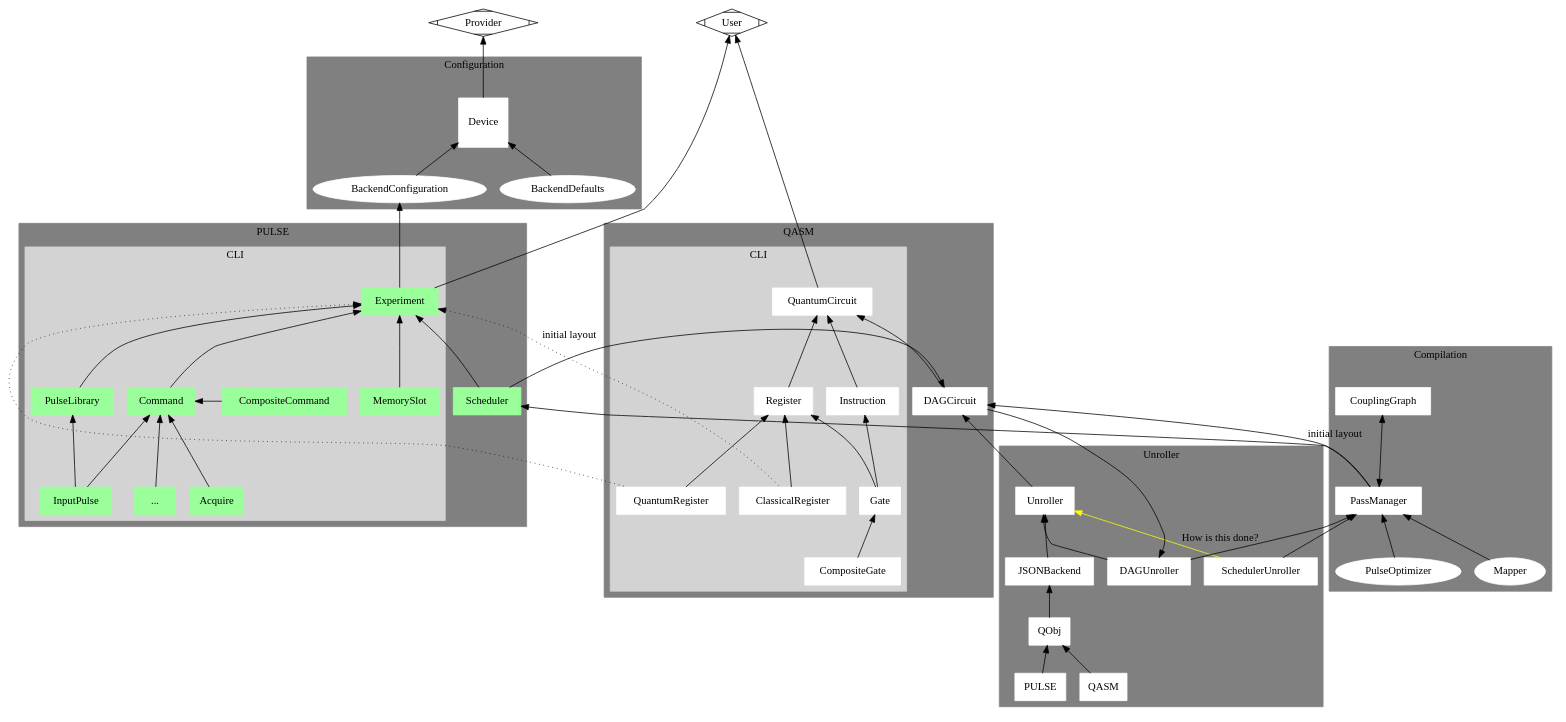
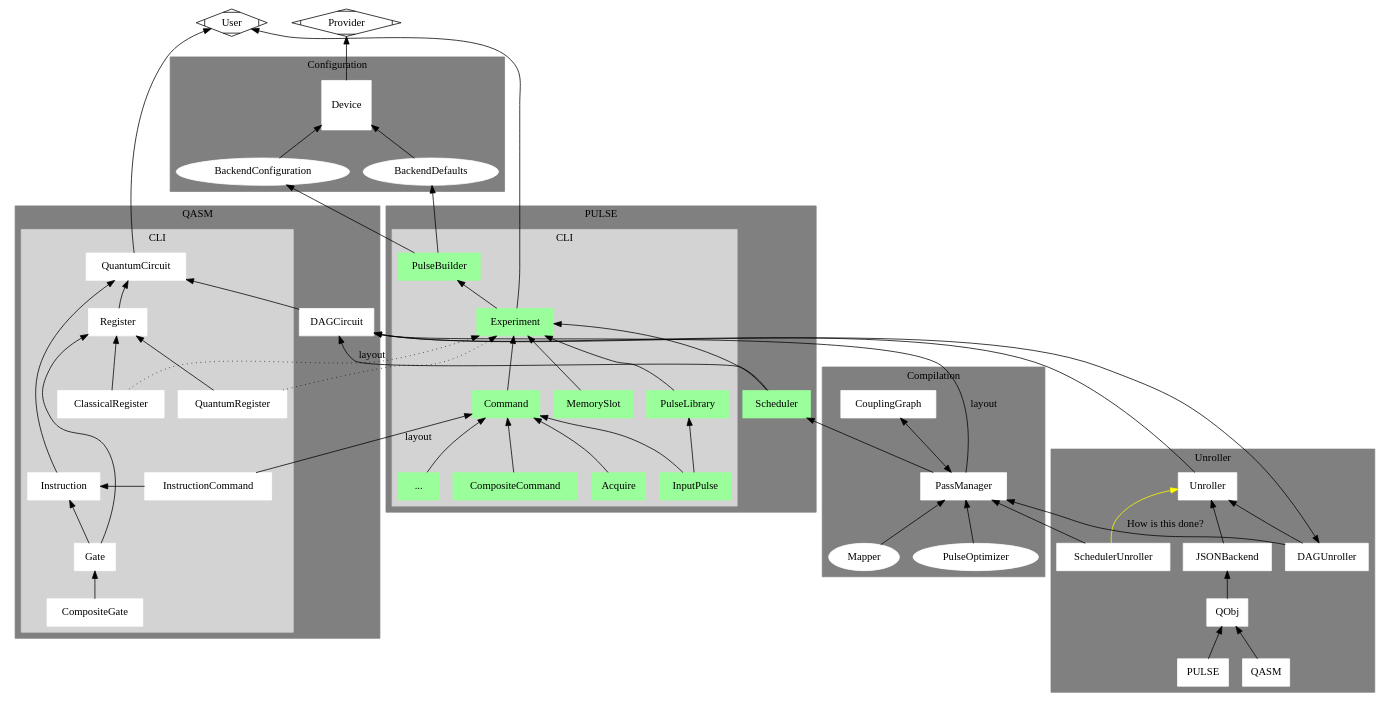
Before and after one commit to taalexander/qiskit-terra: the diagram in openpulse/figs/flowcharts/outline.dot, drawn with Graphviz. The commit also changed 3 other files, not shown here.

```diff
--- a/openpulse/figs/flowcharts/outline.dot
+++ b/openpulse/figs/flowcharts/outline.dot
@@ -1,126 +1,131 @@
 
 digraph Outline {
 edge [dir="back"];
 node [shape="rectangle"];
 newrank=true;
 
 
 
 subgraph cluster_QASM{
 node [style=filled,color=white];
 graph[style=dotted];
 style=filled;
 color=gray;
 label = "QASM";
 
 
 QuantumCircuit -> DAGCircuit;
 
 
 subgraph cluster_QASMCLI{
 node [style=filled,color=white];
 graph[style=dotted];
 style=filled;
 color=lightgray;
 label = "CLI";
 QuantumCircuit-> Register;
 Register -> ClassicalRegister;
 Register -> QuantumRegister ;
 QuantumCircuit -> Instruction;
 Instruction -> Gate;
+Instruction -> InstructionCommand;
+{rank=same;Instruction;InstructionCommand}
 Gate -> CompositeGate;
 Register -> Gate
 }
 
 }
 
 
 
 subgraph cluster_PULSE{
 node [style=filled,color=palegreen1];
 graph[style=dotted];
 style=filled;
 color=gray;
 label="PULSE";
 subgraph cluster_PULSECLI{
 graph[style=dotted];
 style=filled;
 color=lightgray;
 label = "CLI";
+PulseBuilder -> Experiment
 Experiment -> Command
 Experiment -> QuantumRegister [style=dotted]
 Experiment -> ClassicalRegister [style=dotted]
 Experiment -> MemorySlot
 Command -> Acquire
 Command -> InputPulse
 Command -> "..."
 Command -> CompositeCommand
-{rank=same;Command;CompositeCommand}
+Command -> InstructionCommand [label="layout"]
+#{rank=same;Command;CompositeCommand}
 #CompositeCommand -> Gate
 Experiment -> PulseLibrary
 PulseLibrary -> InputPulse
 }
 Experiment -> Scheduler
 }
 
 subgraph cluster_unroller{
 node [style=filled,color=white];
 graph[style=dotted];
 style=filled;
 color=gray;
 label="Unroller";
 
 Unroller -> JSONBackend;
 Unroller -> DAGUnroller ;
 DAGUnroller -> DAGCircuit;
 DAGCircuit-> Unroller;
 Unroller -> SchedulerUnroller [label="How is this done?",color=yellow];
 JSONBackend -> QObj;
 QObj -> PULSE;
 QObj -> QASM;
 
 }
 
 subgraph cluster_compile{
 node [style=filled,color=white,shape=ellipse];
 graph[style=dotted];
 style=filled;
 color=gray;
 label="Compilation";
 PassManager[shape=rectangle];
 PassManager -> Mapper;
 PassManager -> PulseOptimizer;
 CouplingGraph -> PassManager [dir="both"];
 CouplingGraph [shape=rectangle];
 
 }
 
 subgraph cluster_configuration{
 node [style=filled,color=white,shape=ellipse];
 graph[style=dotted];
 style=filled;
 color=gray;
 label="Configuration";
 Device [shape=square]
 Device->BackendConfiguration;
 Device->BackendDefaults;
 }
 
 User [shape=Mdiamond];
 User -> QuantumCircuit;
 User -> Experiment;
 Provider [shape=Mdiamond];
 Provider -> Device
 {rank=same;User;Provider}
 
-DAGCircuit -> PassManager [label="initial layout"];
+DAGCircuit -> PassManager [label="layout"];
 PassManager -> DAGUnroller;
 PassManager;
-DAGCircuit -> Scheduler [label="initial layout"];
+DAGCircuit -> Scheduler [label="layout"];
 Scheduler -> PassManager
 PassManager -> SchedulerUnroller
-BackendConfiguration -> Experiment
-{rank=same;Experiment;QuantumCircuit}
-{rank=same;Command;Instruction}
-{rank=same;Scheduler;DAGCircuit}
+BackendConfiguration -> PulseBuilder
+BackendDefaults -> PulseBuilder
+#{rank=same;Experiment;QuantumCircuit}
+#{rank=same;Command;Instruction}
+#{rank=same;Scheduler;DAGCircuit}
 }
```
